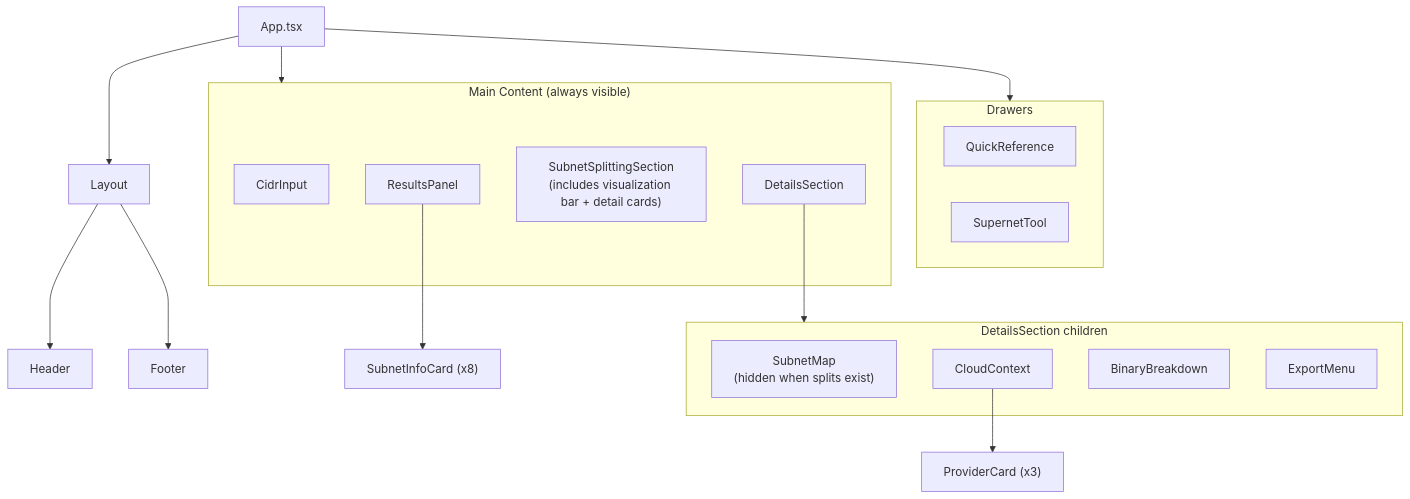
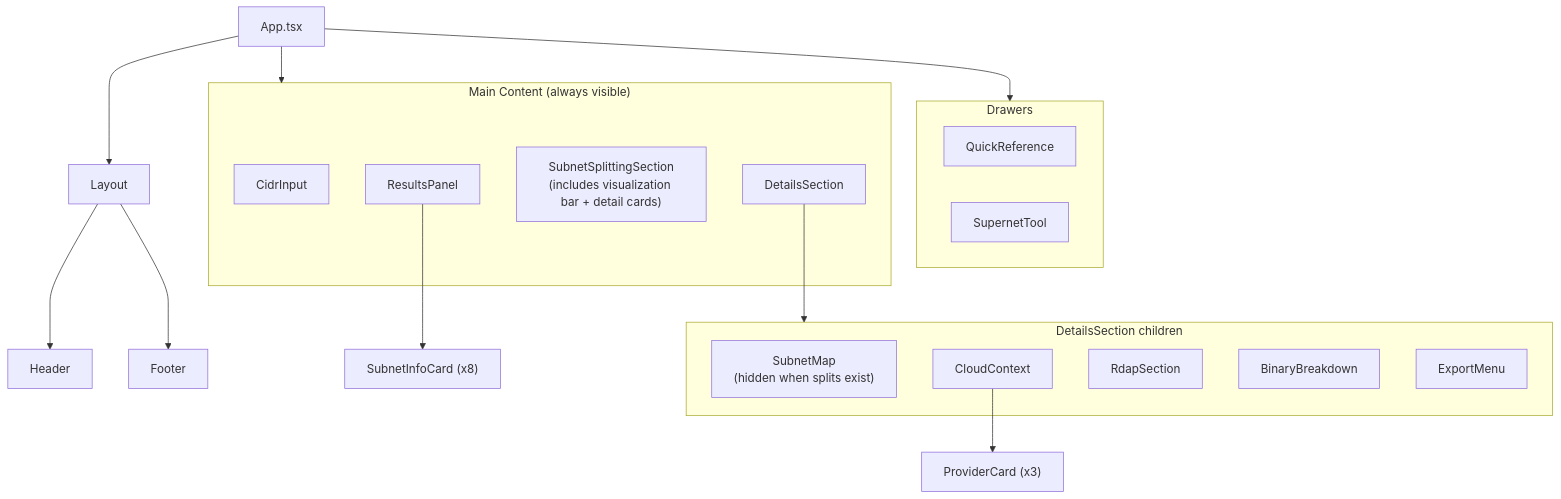
The fourth of 4 diagrams in docs/architecture.md (russmckendrick/subnet), drawn with Mermaid before and after one commit. The commit also changed other lines of this file and 11 other files, not shown here.

Commit message:
✨ (CLAUDE.md, README.md, docs/*, src/*): integrate RDAP/WHOIS lookup feature for public IP registration data, enhancing user experience with real-time data retrieval and caching; update architecture and documentation to reflect new components and functionality.

````diff
--- a/docs/architecture.md
+++ b/docs/architecture.md
@@ -102,37 +106,38 @@
 ```mermaid
 flowchart TD
     App["App.tsx"]
     Layout["Layout"]
     Header["Header"]
     Footer["Footer"]
 
     App --> Layout
     Layout --> Header
     Layout --> Footer
 
     subgraph MainContent["Main Content (always visible)"]
         CidrInput["CidrInput"]
         ResultsPanel["ResultsPanel"]
         SubnetSplitting["SubnetSplittingSection<br/>(includes visualization bar + detail cards)"]
         DetailsSection["DetailsSection"]
     end
 
     subgraph DetailsSub["DetailsSection children"]
         SubnetMap["SubnetMap<br/>(hidden when splits exist)"]
         CloudContext["CloudContext"]
+        RdapSection["RdapSection"]
         BinaryBreakdown["BinaryBreakdown"]
         ExportMenu["ExportMenu"]
     end
 
     subgraph Drawers["Drawers"]
         QuickReference["QuickReference"]
         SupernetTool["SupernetTool"]
     end
 
     App --> MainContent
     App --> Drawers
     DetailsSection --> DetailsSub
 
     CloudContext --> ProviderCard["ProviderCard (x3)"]
     ResultsPanel --> SubnetInfoCard["SubnetInfoCard (x8)"]
 ```
````
